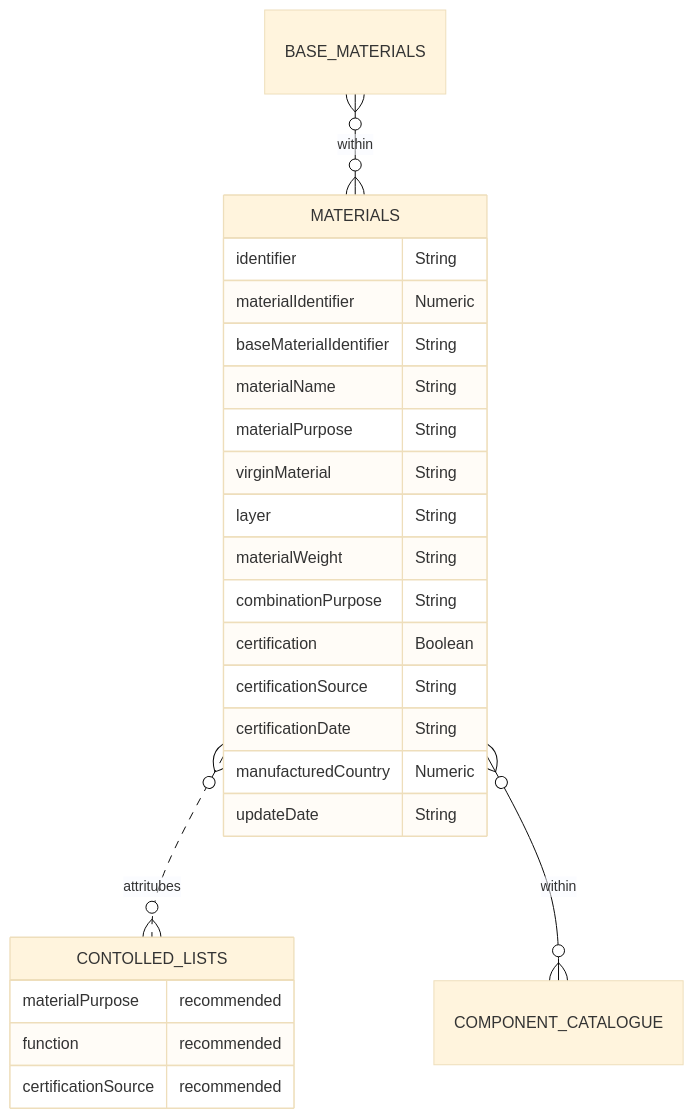
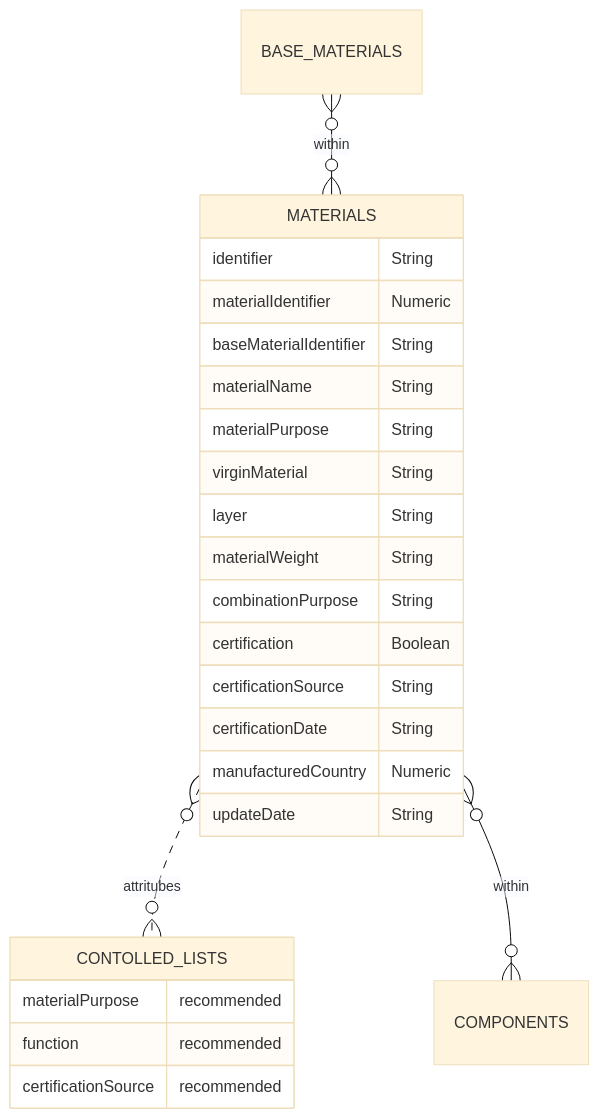
Before and after one commit to OpenDataManchester/Open3P: the diagram in docs/3_Data_Specification/3_2_Materials.md, drawn with Mermaid (base theme). The commit also changed 1 other file, not shown here.

Commit message:
Fixed issues with mermard maps

````diff
--- a/docs/3_Data_Specification/3_2_Materials.md
+++ b/docs/3_Data_Specification/3_2_Materials.md
@@ -29,27 +29,27 @@
 ``` mermaid
 erDiagram
 BASE_MATERIALS }o--o{ MATERIALS : within
   MATERIALS {
     identifier String
     materialIdentifier Numeric
     baseMaterialIdentifier String
     materialName String
     materialPurpose String
     virginMaterial String
     layer String
     materialWeight String
     combinationPurpose String
     certification Boolean
     certificationSource String
     certificationDate String
     manufacturedCountry Numeric
     updateDate String
   }
   MATERIALS }o..o{ CONTOLLED_LISTS : attritubes
-  MATERIALS }o--o{ COMPONENT_CATALOGUE : within
+  MATERIALS }o--o{ COMPONENTS : within
         CONTOLLED_LISTS {
     materialPurpose recommended
     function recommended
     certificationSource recommended
     }
 ```
````
